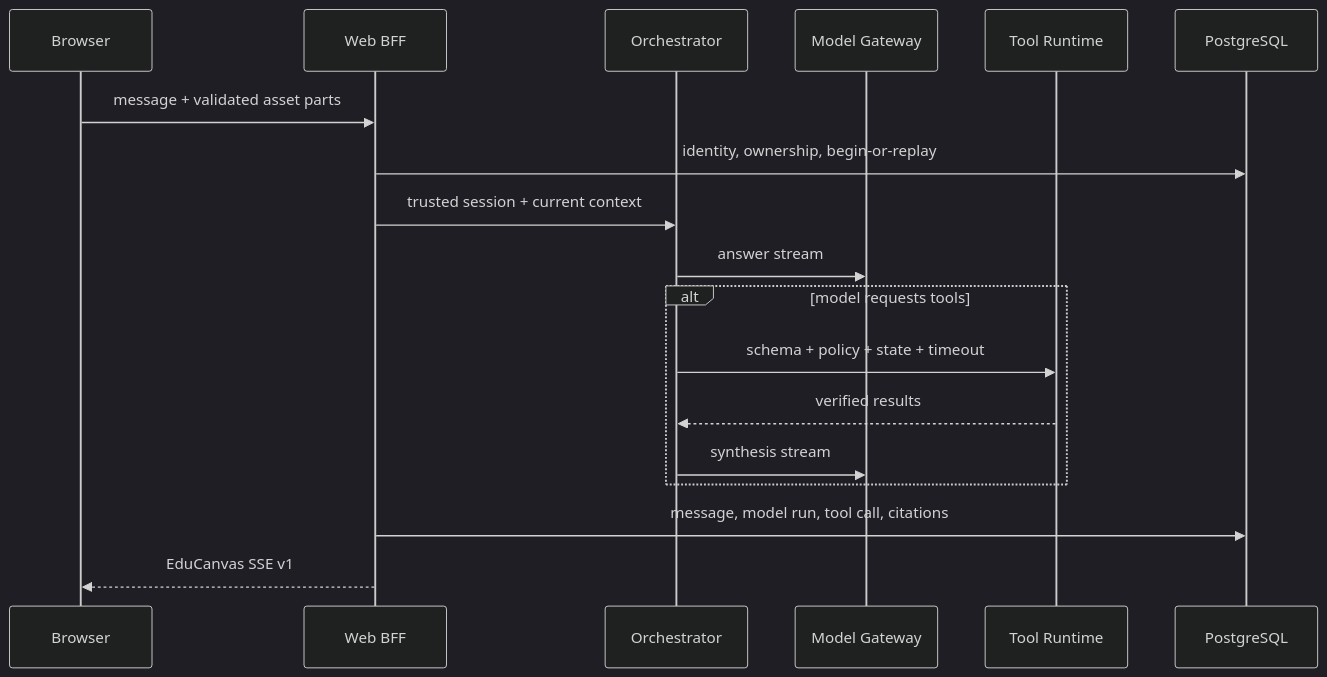
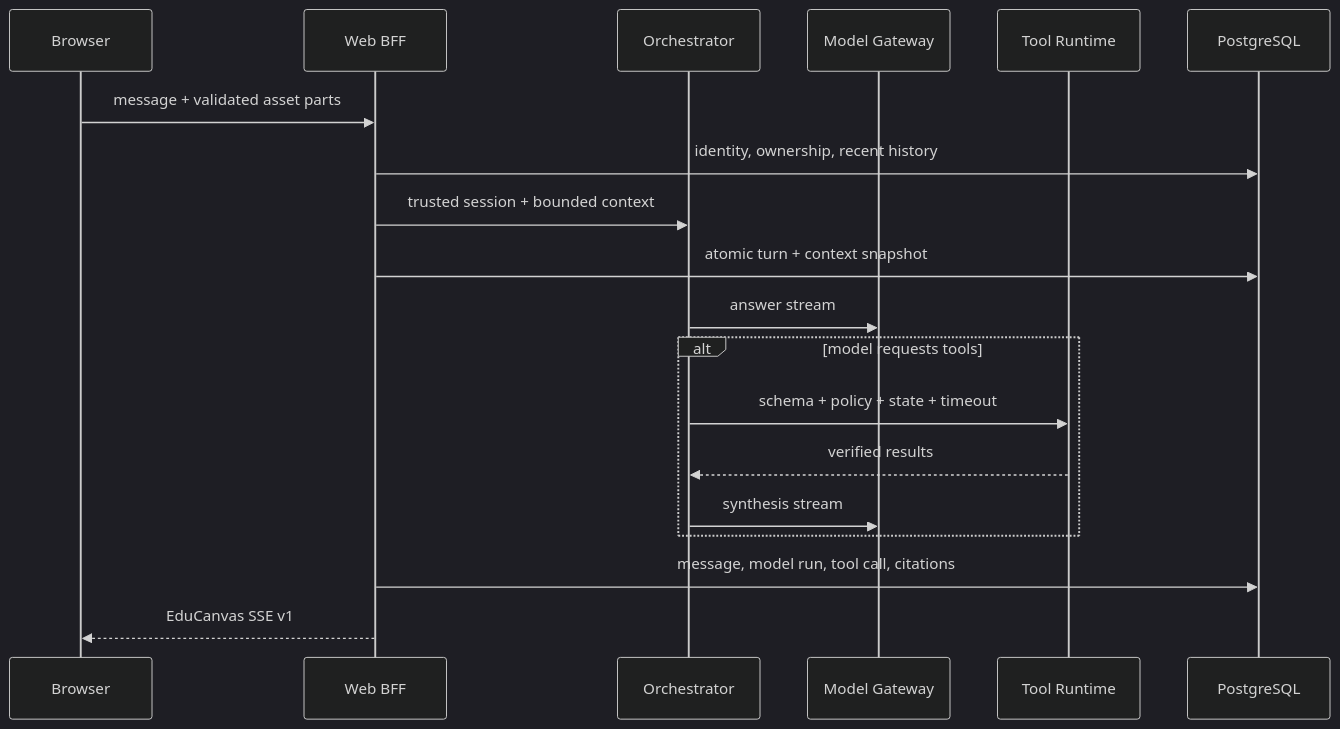
Before and after one commit to Timcai06/EduCanvas: the third of 4 diagrams in README.md, drawn with Mermaid (dark theme). The commit also changed other lines of this file and 36 other files, not shown here.

````diff
--- a/README.md
+++ b/README.md
@@ -142,21 +142,22 @@
 ```mermaid
 sequenceDiagram
     participant U as Browser
     participant W as Web BFF
     participant O as Orchestrator
     participant M as Model Gateway
     participant T as Tool Runtime
     participant D as PostgreSQL
 
     U->>W: message + validated asset parts
-    W->>D: identity, ownership, begin-or-replay
-    W->>O: trusted session + current context
+    W->>D: identity, ownership, recent history
+    W->>O: trusted session + bounded context
+    W->>D: atomic turn + context snapshot
     O->>M: answer stream
     alt model requests tools
         O->>T: schema + policy + state + timeout
         T-->>O: verified results
         O->>M: synthesis stream
     end
     W->>D: message, model run, tool call, citations
     W-->>U: EduCanvas SSE v1
 ```
````
